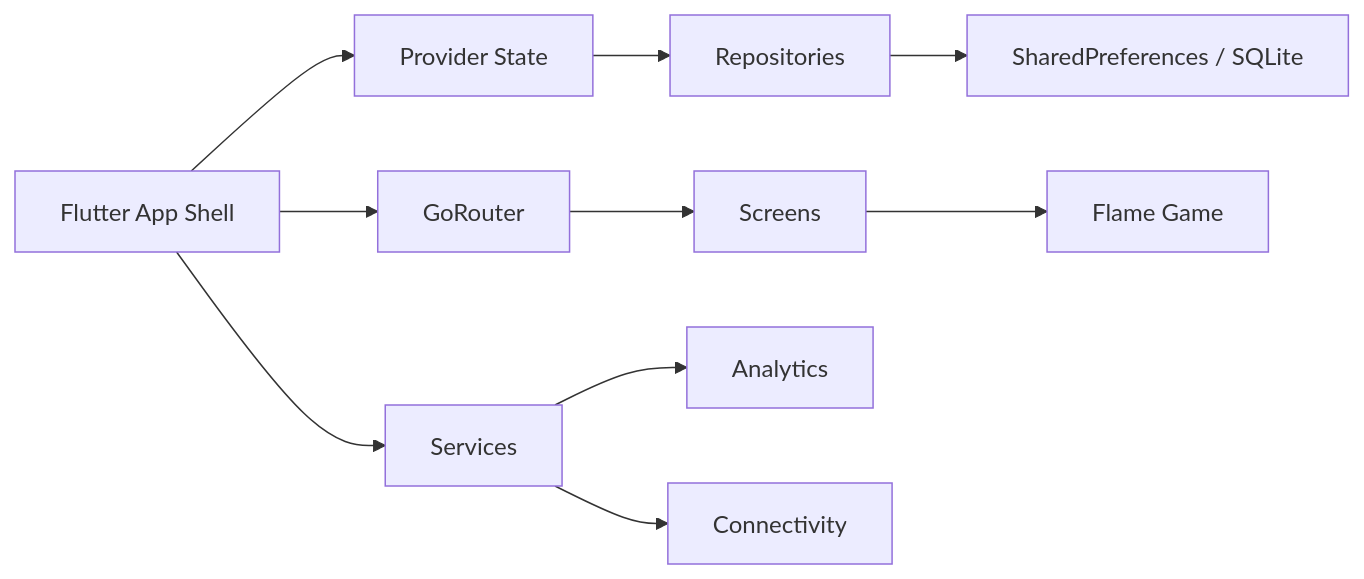
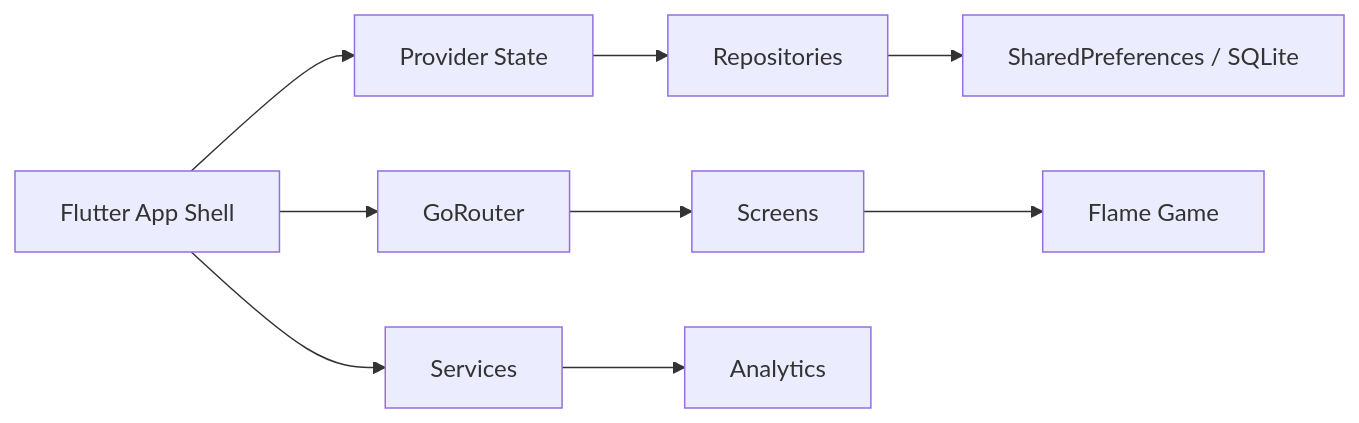
Before and after one commit to BugraKaanSaglam/game_for_cats_flutter: the diagram in README.md, drawn with Mermaid. The commit also changed other lines of this file and 68 other files, not shown here.

````diff
--- a/README.md
+++ b/README.md
@@ -33,12 +33,11 @@
 ```mermaid
 flowchart LR
     App[Flutter App Shell] --> State[Provider State]
     App --> Services[Services]
     App --> Routes[GoRouter]
     State --> Repos[Repositories]
     Repos --> Storage[SharedPreferences / SQLite]
     Routes --> Screens[Screens]
     Screens --> Flame[Flame Game]
     Services --> Analytics[Analytics]
-    Services --> Connectivity[Connectivity]
 ```
````
